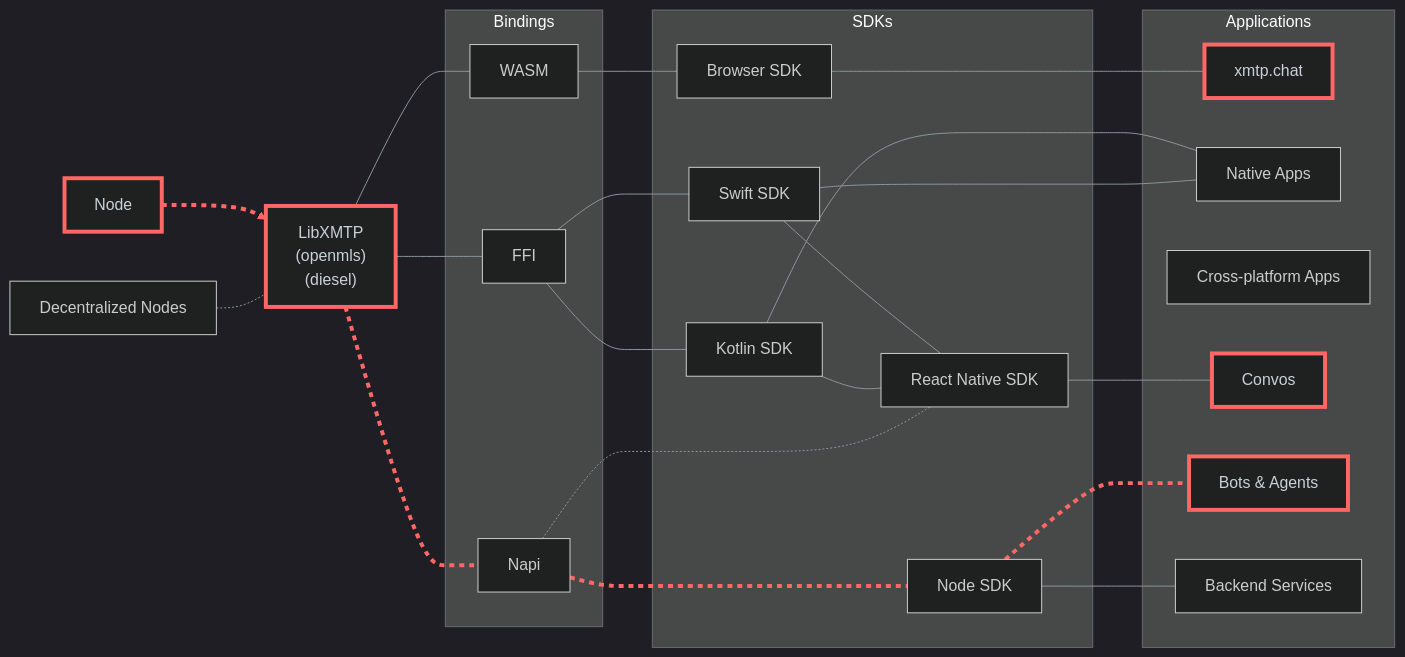
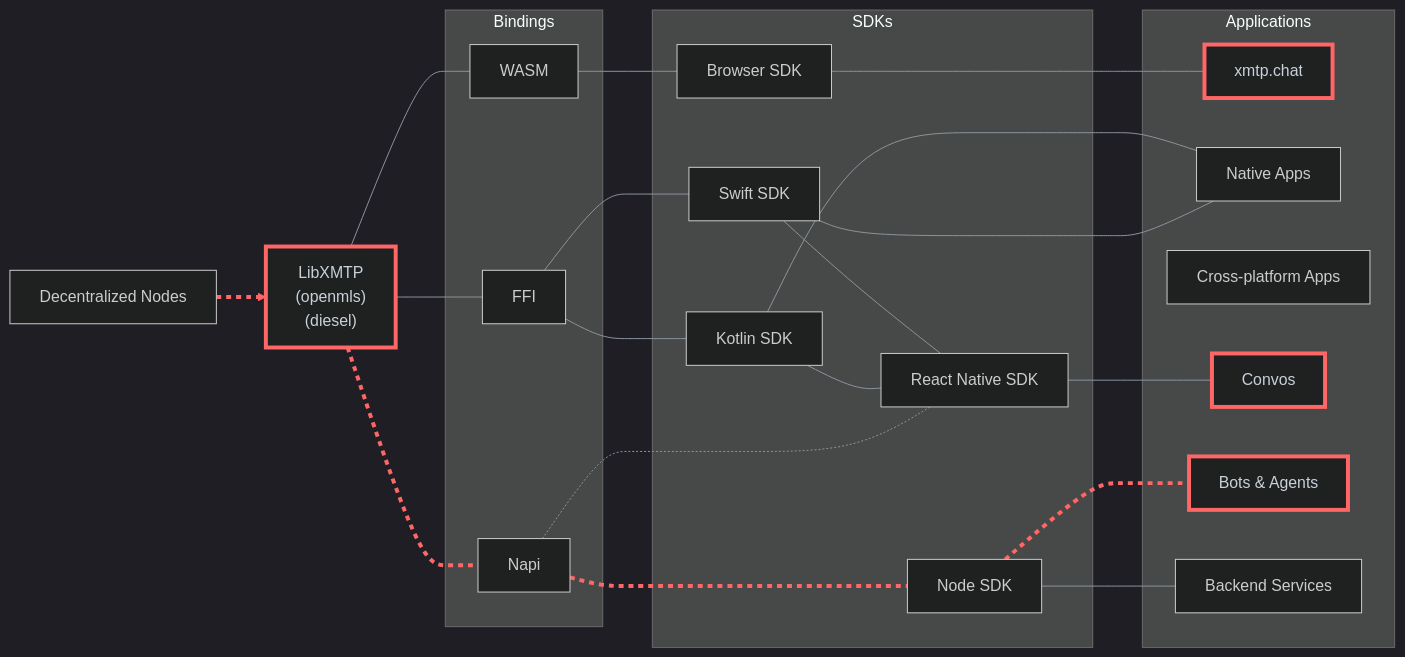
The diagram in README.md (xmtp/xmtp-qa-tools), drawn with Mermaid before and after one commit.

Commit message:
Update README to clarify decentralized node structure

````diff
--- a/README.md
+++ b/README.md
@@ -21,59 +21,56 @@
 ```mermaid
 %%{init: {'theme': 'dark', 'themeVariables': { 'primaryColor': '#0D1117', 'primaryTextColor': '#c9d1d9', 'primaryBorderColor': '#30363d', 'lineColor': '#8b949e', 'secondaryColor': '#161b22', 'tertiaryColor': '#161b22' }}}%%
 
 flowchart LR
   %% Core components and bindings
   subgraph Bindings["Bindings"]
     wasm["WASM"]
     ffi["FFI"]
     napi["Napi"]
   end
 
   subgraph SDKs["SDKs"]
     browserSDK["Browser SDK"]
     swiftSDK["Swift SDK"]
     kotlinSDK["Kotlin SDK"]
     reactNativeSDK["React Native SDK"]
     nodesdk["Node SDK"]
   end
 
   subgraph Applications["Applications"]
     webApps["xmtp.chat"]
     mobileApps["Native Apps"]
     crossPlatformApps["Cross-platform Apps"]
     messagingApps["Convos"]
     botAgents["Bots & Agents"]
     backendServices["Backend Services"]
   end
 
-  centralNode["Node"] --> libxmtp["LibXMTP<br>(openmls)<br>(diesel)"]
+  decentralNode["Decentralized Nodes"] --> libxmtp["LibXMTP<br>(openmls)<br>(diesel)"]
   libxmtp --- wasm
   libxmtp --- ffi
   kotlinSDK --- mobileApps
   libxmtp --- napi
 
   wasm --- browserSDK
   ffi --- swiftSDK
   ffi --- kotlinSDK
 
   swiftSDK --- reactNativeSDK
   kotlinSDK --- reactNativeSDK
 
   browserSDK --- webApps
 
   swiftSDK --- mobileApps
 
   napi --- nodesdk
   nodesdk --- botAgents
   nodesdk --- backendServices
 
-  decentralNode["Decentralized Nodes"] -.- libxmtp
-
-
   reactNativeSDK --- messagingApps
   napi -.- reactNativeSDK
 
   linkStyle 0,4,12,13 stroke:#f66,stroke-width:4px,stroke-dasharray: 5,5;
   classDef highlightStroke stroke:#f66,color:#c9d1d9,stroke-width:4px;
   class centralNode,libxmtp,webApps,messagingApps,botAgents highlightStroke;
 ```
````
